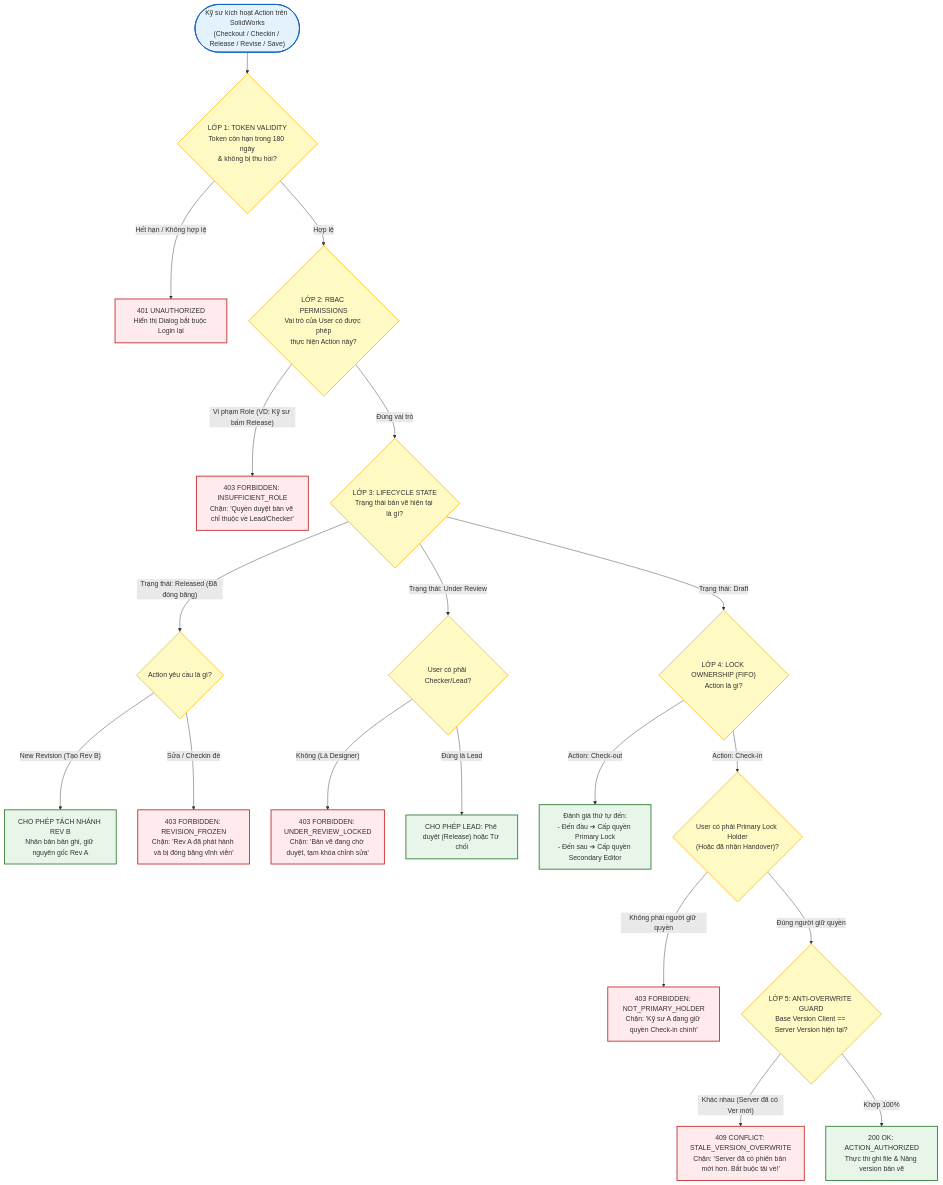
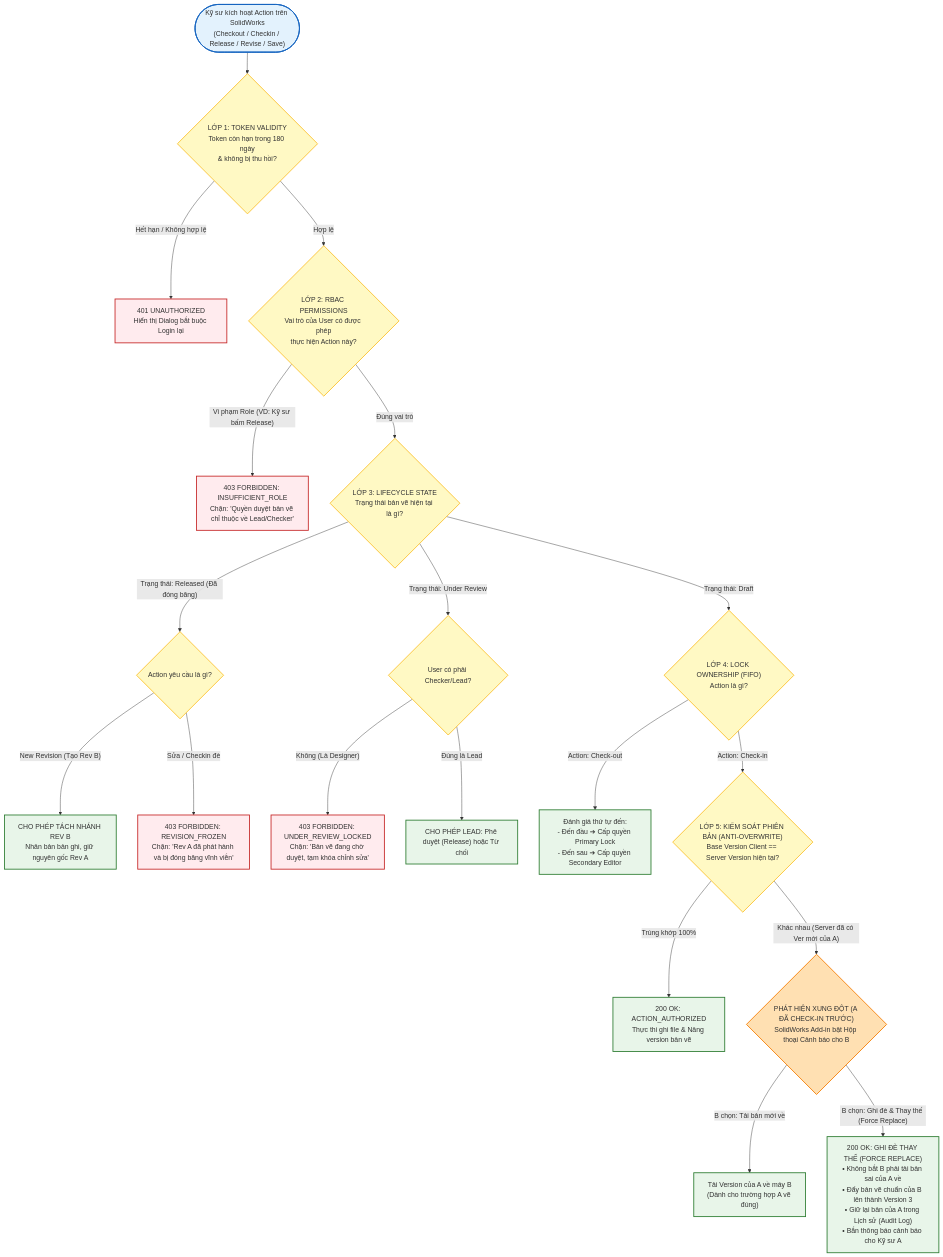
One commit to tdbsolutionit/Odoo20 changed the first of 5 diagrams in SolidWorks_PDM_Authorization_Framework.md. Above: the diagram before and after it, drawn with Mermaid. The commit also changed other lines of this file, not shown here.

Commit message:
docs: cap nhat bao cao kien truc phan quyen PDM va co che ghi de thay the

````diff
--- a/SolidWorks_PDM_Authorization_Framework.md
+++ b/SolidWorks_PDM_Authorization_Framework.md
@@ -31,39 +31,43 @@
 ```mermaid
 flowchart TD
     START(["Kỹ sư kích hoạt Action trên SolidWorks<br>(Checkout / Checkin / Release / Revise / Save)"]) --> L1{"LỚP 1: TOKEN VALIDITY<br>Token còn hạn trong 180 ngày<br>& không bị thu hồi?"}
     
     L1 -- "Hết hạn / Không hợp lệ" --> ERR_401["401 UNAUTHORIZED<br>Hiển thị Dialog bắt buộc Login lại"]
     L1 -- "Hợp lệ" --> L2{"LỚP 2: RBAC PERMISSIONS<br>Vai trò của User có được phép<br>thực hiện Action này?"}
     
     L2 -- "Vi phạm Role (VD: Kỹ sư bấm Release)" --> ERR_403_ROLE["403 FORBIDDEN: INSUFFICIENT_ROLE<br>Chặn: 'Quyền duyệt bản vẽ chỉ thuộc về Lead/Checker'"]
     L2 -- "Đúng vai trò" --> L3{"LỚP 3: LIFECYCLE STATE<br>Trạng thái bản vẽ hiện tại là gì?"}
     
     L3 -- "Trạng thái: Released (Đã đóng băng)" --> CHK_REL{"Action yêu cầu là gì?"}
     CHK_REL -- "New Revision (Tạo Rev B)" --> ALLOW_REV["CHO PHÉP TÁCH NHÁNH REV B<br>Nhân bản bản ghi, giữ nguyên gốc Rev A"]
     CHK_REL -- "Sửa / Checkin đè" --> ERR_FROZEN["403 FORBIDDEN: REVISION_FROZEN<br>Chặn: 'Rev A đã phát hành và bị đóng băng vĩnh viễn'"]
     
     L3 -- "Trạng thái: Under Review" --> CHK_REV{"User có phải Checker/Lead?"}
     CHK_REV -- "Không (Là Designer)" --> ERR_REVIEW["403 FORBIDDEN: UNDER_REVIEW_LOCKED<br>Chặn: 'Bản vẽ đang chờ duyệt, tạm khóa chỉnh sửa'"]
     CHK_REV -- "Đúng là Lead" --> ALLOW_LEAD["CHO PHÉP LEAD: Phê duyệt (Release) hoặc Từ chối"]
     
     L3 -- "Trạng thái: Draft" --> L4{"LỚP 4: LOCK OWNERSHIP (FIFO)<br>Action là gì?"}
     
     L4 -- "Action: Check-out" --> EVAL_CKO["Đánh giá thứ tự đến:<br>- Đến đầu ➔ Cấp quyền Primary Lock<br>- Đến sau ➔ Cấp quyền Secondary Editor"]
-    L4 -- "Action: Check-in" --> CHK_OWNER{"User có phải Primary Lock Holder<br>(Hoặc đã nhận Handover)?"}
+    L4 -- "Action: Check-in" --> L5{"LỚP 5: KIỂM SOÁT PHIÊN BẢN (ANTI-OVERWRITE)<br>Base Version Client == Server Version hiện tại?"}
     
-    CHK_OWNER -- "Không phải người giữ quyền" --> ERR_NOT_PRIMARY["403 FORBIDDEN: NOT_PRIMARY_HOLDER<br>Chặn: 'Kỹ sư A đang giữ quyền Check-in chính'"]
-    CHK_OWNER -- "Đúng người giữ quyền" --> L5{"LỚP 5: ANTI-OVERWRITE GUARD<br>Base Version Client == Server Version hiện tại?"}
+    L5 -- "Trùng khớp 100%" --> ALLOW_EXEC["200 OK: ACTION_AUTHORIZED<br>Thực thi ghi file & Nâng version bản vẽ"]
     
-    L5 -- "Khác nhau (Server đã có Ver mới)" --> ERR_409["409 CONFLICT: STALE_VERSION_OVERWRITE<br>Chặn: 'Server đã có phiên bản mới hơn. Bắt buộc tải về!'"]
-    L5 -- "Khớp 100%" --> ALLOW_EXEC["200 OK: ACTION_AUTHORIZED<br>Thực thi ghi file & Nâng version bản vẽ"]
+    L5 -- "Khác nhau (Server đã có Ver mới của A)" --> SHOW_CONFLICT{"PHÁT HIỆN XUNG ĐỘT (A ĐÃ CHECK-IN TRƯỚC)<br>SolidWorks Add-in bật Hộp thoại Cảnh báo cho B"}
+    
+    SHOW_CONFLICT -- "B chọn: Tải bản mới về" --> ACTION_PULL["Tải Version của A về máy B<br>(Dành cho trường hợp A vẽ đúng)"]
+    
+    SHOW_CONFLICT -- "B chọn: Ghi đè & Thay thế (Force Replace)" --> ACTION_REPLACE["200 OK: GHI ĐÈ THAY THẾ (FORCE REPLACE)<br>• Không bắt B phải tải bản sai của A về<br>• Đẩy bản vẽ chuẩn của B lên thành Version 3<br>• Giữ lại bản của A trong Lịch sử (Audit Log)<br>• Bắn thông báo cảnh báo cho Kỹ sư A"]
 
     classDef startNode fill:#e3f2fd,stroke:#1565c0,stroke-width:2px;
     classDef checkNode fill:#fff9c4,stroke:#fbc02d,stroke-width:2px;
     classDef errNode fill:#ffebee,stroke:#c62828,stroke-width:2px;
+    classDef dialogNode fill:#ffe0b2,stroke:#f57c00,stroke-width:2px;
     classDef okNode fill:#e8f5e9,stroke:#2e7d32,stroke-width:2px;
 
     class START startNode;
-    class L1,L2,L3,L4,L5,CHK_REL,CHK_REV,CHK_OWNER checkNode;
-    class ERR_401,ERR_403_ROLE,ERR_FROZEN,ERR_REVIEW,ERR_NOT_PRIMARY,ERR_409 errNode;
-    class ALLOW_REV,ALLOW_LEAD,EVAL_CKO,ALLOW_EXEC okNode;
+    class L1,L2,L3,L4,L5,CHK_REL,CHK_REV checkNode;
+    class ERR_401,ERR_403_ROLE,ERR_FROZEN,ERR_REVIEW errNode;
+    class SHOW_CONFLICT dialogNode;
+    class ALLOW_REV,ALLOW_LEAD,EVAL_CKO,ALLOW_EXEC,ACTION_PULL,ACTION_REPLACE okNode;
 ```
````
